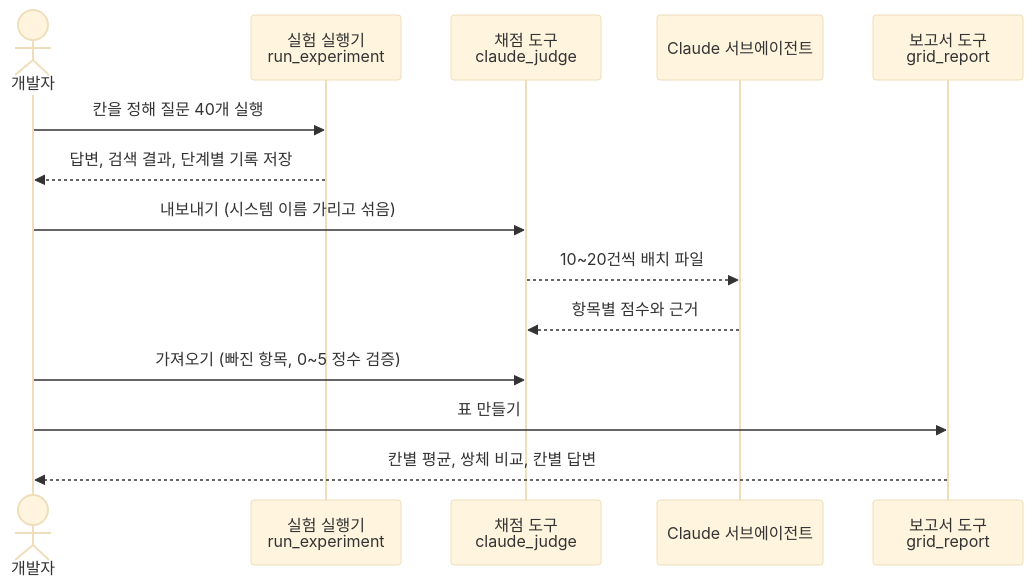
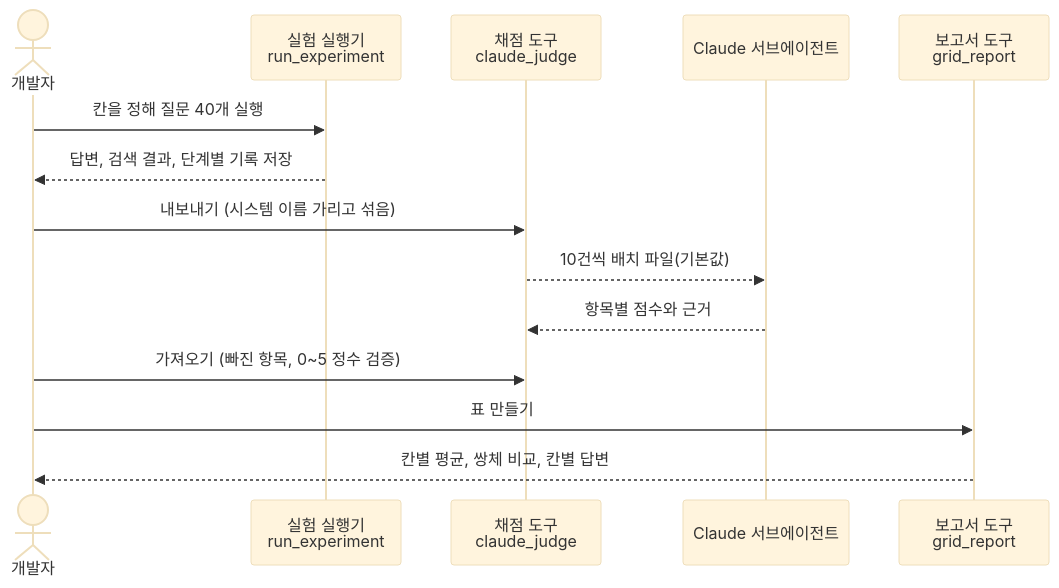
The second of 2 diagrams in docs/06_평가.md (adover134/hierarchical-md-rag), drawn with Mermaid (base theme) before and after one commit.

Commit message:
docs: batch size is 10 by default

````diff
--- a/docs/06_평가.md
+++ b/docs/06_평가.md
@@ -39,17 +39,17 @@
 ```mermaid
 sequenceDiagram
     actor 개발자
     participant R as 실험 실행기<br/>run_experiment
     participant J as 채점 도구<br/>claude_judge
     participant C as Claude 서브에이전트
     participant G as 보고서 도구<br/>grid_report
 
     개발자->>R: 칸을 정해 질문 40개 실행
     R-->>개발자: 답변, 검색 결과, 단계별 기록 저장
     개발자->>J: 내보내기 (시스템 이름 가리고 섞음)
-    J-->>C: 10~20건씩 배치 파일
+    J-->>C: 10건씩 배치 파일(기본값)
     C-->>J: 항목별 점수와 근거
     개발자->>J: 가져오기 (빠진 항목, 0~5 정수 검증)
     개발자->>G: 표 만들기
     G-->>개발자: 칸별 평균, 쌍체 비교, 칸별 답변
 ```
````
